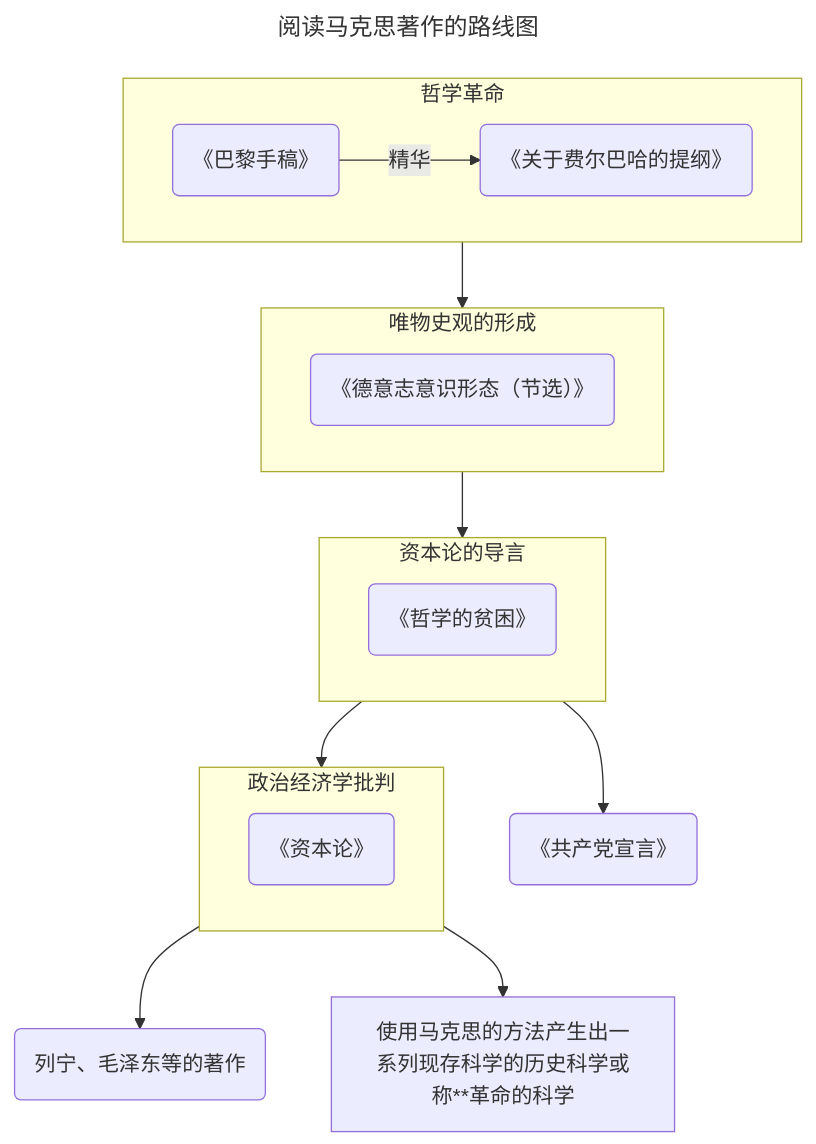
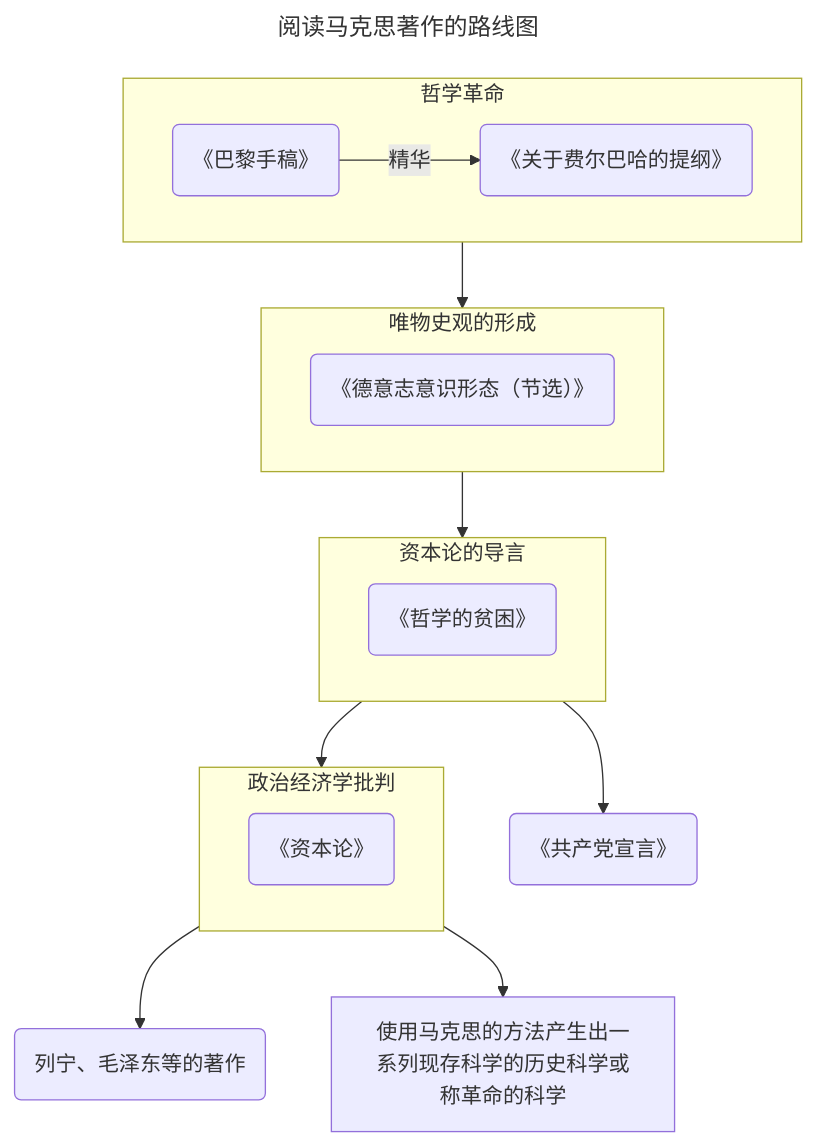
The diagram in _posts/2024-08-07-marx.md (rainsins/rainsins.github.io), drawn with Mermaid before and after one commit. The commit also changed other lines of this file and 2 other files, not shown here.

Commit message:
update mermaid->dark

````diff
--- a/_posts/2024-08-07-marx.md
+++ b/_posts/2024-08-07-marx.md
@@ -96,24 +105,24 @@
 ```mermaid
 ---
 title: 阅读马克思著作的路线图
 ---
 
 flowchart
     subgraph 哲学革命
     V(《巴黎手稿》) -->|精华| C(《关于费尔巴哈的提纲》)
     end
     subgraph 唯物史观的形成
     E(《德意志意识形态（节选）》)
     end
     subgraph 资本论的导言
     F(《哲学的贫困》)
     end
     subgraph 政治经济学批判
     I(《资本论》)
     end
     H(《共产党宣言》)
     哲学革命 --> 唯物史观的形成 --> 资本论的导言--> 政治经济学批判
     资本论的导言 --> H
     政治经济学批判 --> N(列宁、毛泽东等的著作)
-    政治经济学批判 --> J[使用马克思的方法产生出一系列现存科学的历史科学或称**革命的科学]
+    政治经济学批判 --> J[使用马克思的方法产生出一系列现存科学的历史科学或称革命的科学]
 ```
````
